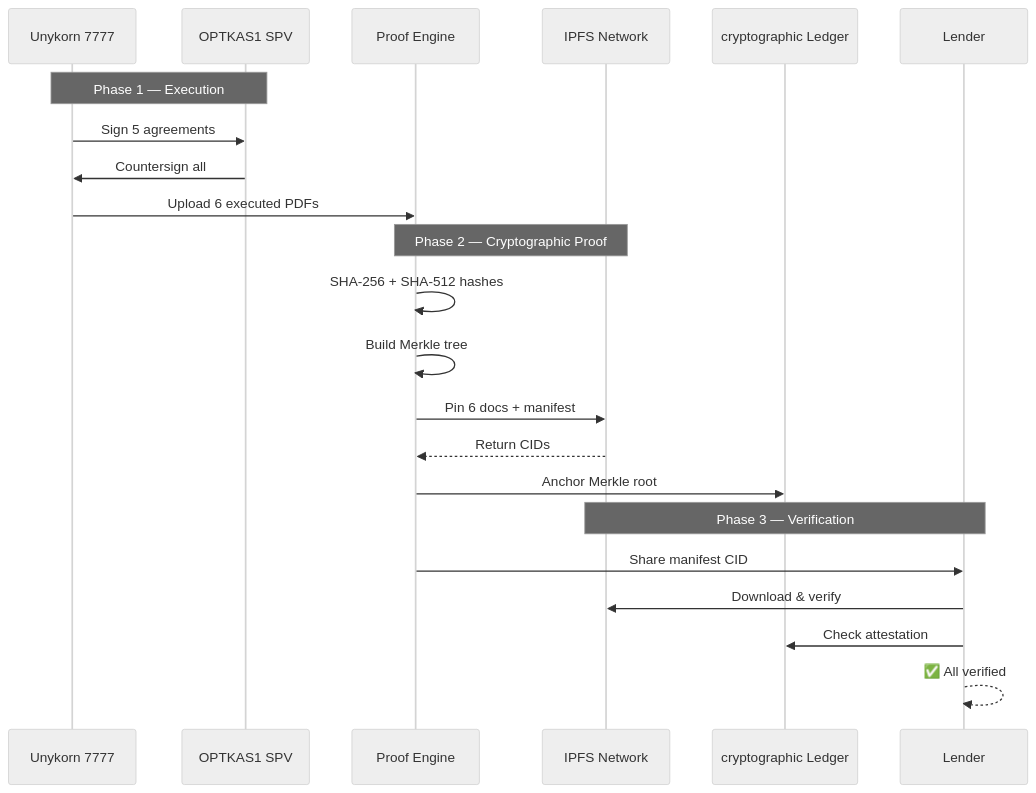
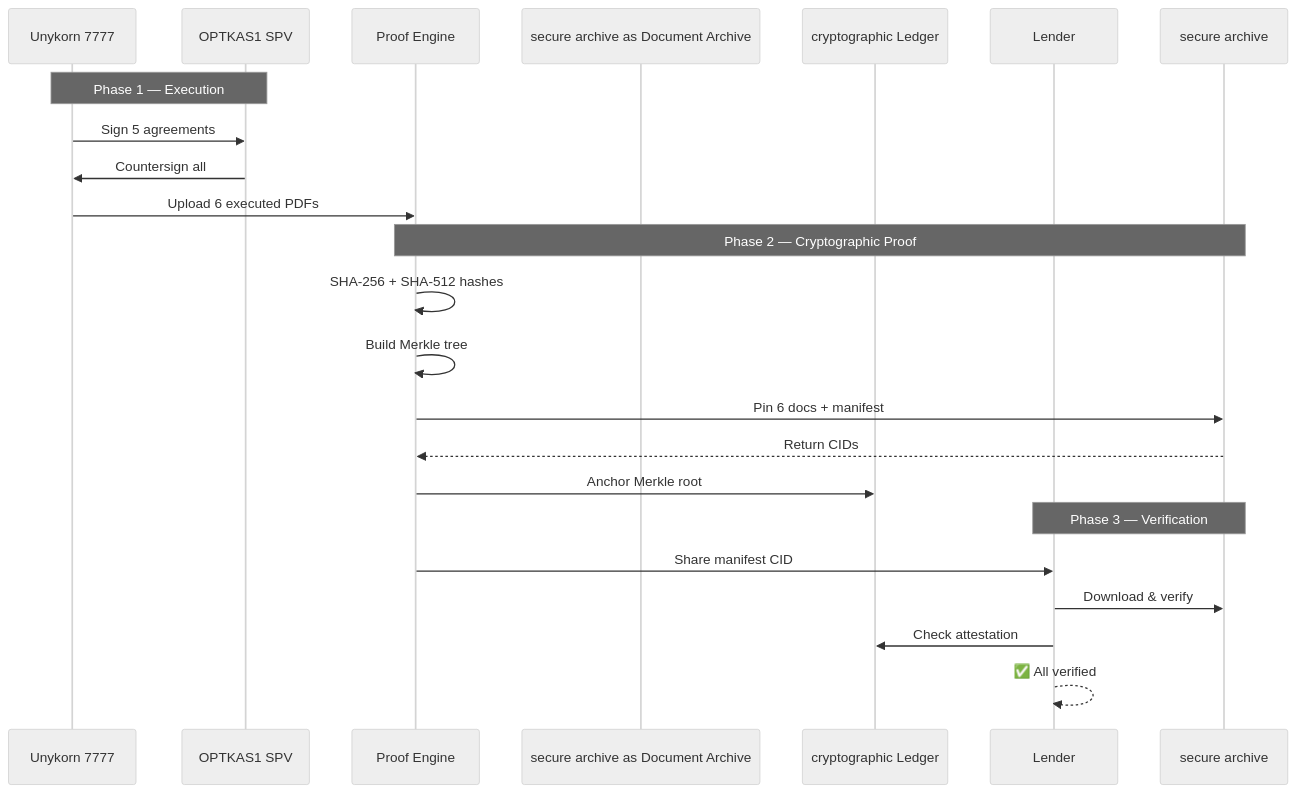
Before and after one commit to unykornai/Institutional-Funding-Repo-For-Optkas-: the second of 2 diagrams in EXECUTION_v1/07_LENDER_PROOF_PACKAGE/LENDER_PROOF_PACKAGE.md, drawn with Mermaid (neutral theme). The commit also changed other lines of this file and 35 other files, not shown here.

````diff
--- a/EXECUTION_v1/07_LENDER_PROOF_PACKAGE/LENDER_PROOF_PACKAGE.md
+++ b/EXECUTION_v1/07_LENDER_PROOF_PACKAGE/LENDER_PROOF_PACKAGE.md
@@ -73,27 +73,27 @@
 ```mermaid
 sequenceDiagram
     participant U as Unykorn 7777
     participant O as OPTKAS1 SPV
     participant SYS as Proof Engine
-    participant IPFS as IPFS Network
+    participant secure archive as Document Archive
     participant cryptographic as cryptographic Ledger
     participant L as Lender
 
     Note over U,O: Phase 1 — Execution
     U->>O: Sign 5 agreements
     O->>U: Countersign all
     U->>SYS: Upload 6 executed PDFs
 
-    Note over SYS,IPFS: Phase 2 — Cryptographic Proof
+    Note over SYS,secure archive: Phase 2 — Cryptographic Proof
     SYS->>SYS: SHA-256 + SHA-512 hashes
     SYS->>SYS: Build Merkle tree
-    SYS->>IPFS: Pin 6 docs + manifest
-    IPFS-->>SYS: Return CIDs
+    SYS->>secure archive: Pin 6 docs + manifest
+    secure archive-->>SYS: Return CIDs
     SYS->>cryptographic: Anchor Merkle root
 
-    Note over L,IPFS: Phase 3 — Verification
+    Note over L,secure archive: Phase 3 — Verification
     SYS->>L: Share manifest CID
-    L->>IPFS: Download & verify
+    L->>secure archive: Download & verify
     L->>cryptographic: Check attestation
     L-->>L: ✅ All verified
 ```
````
